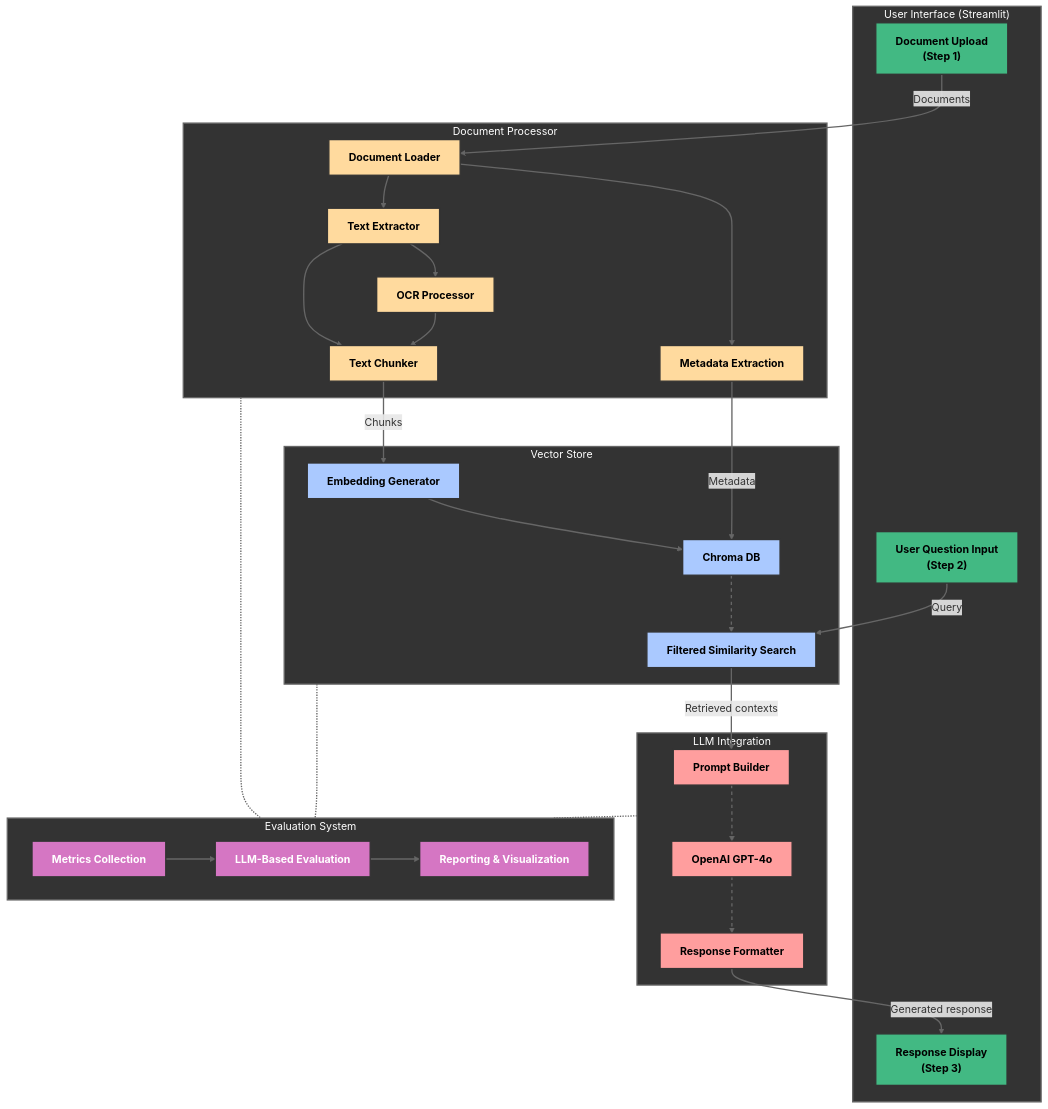
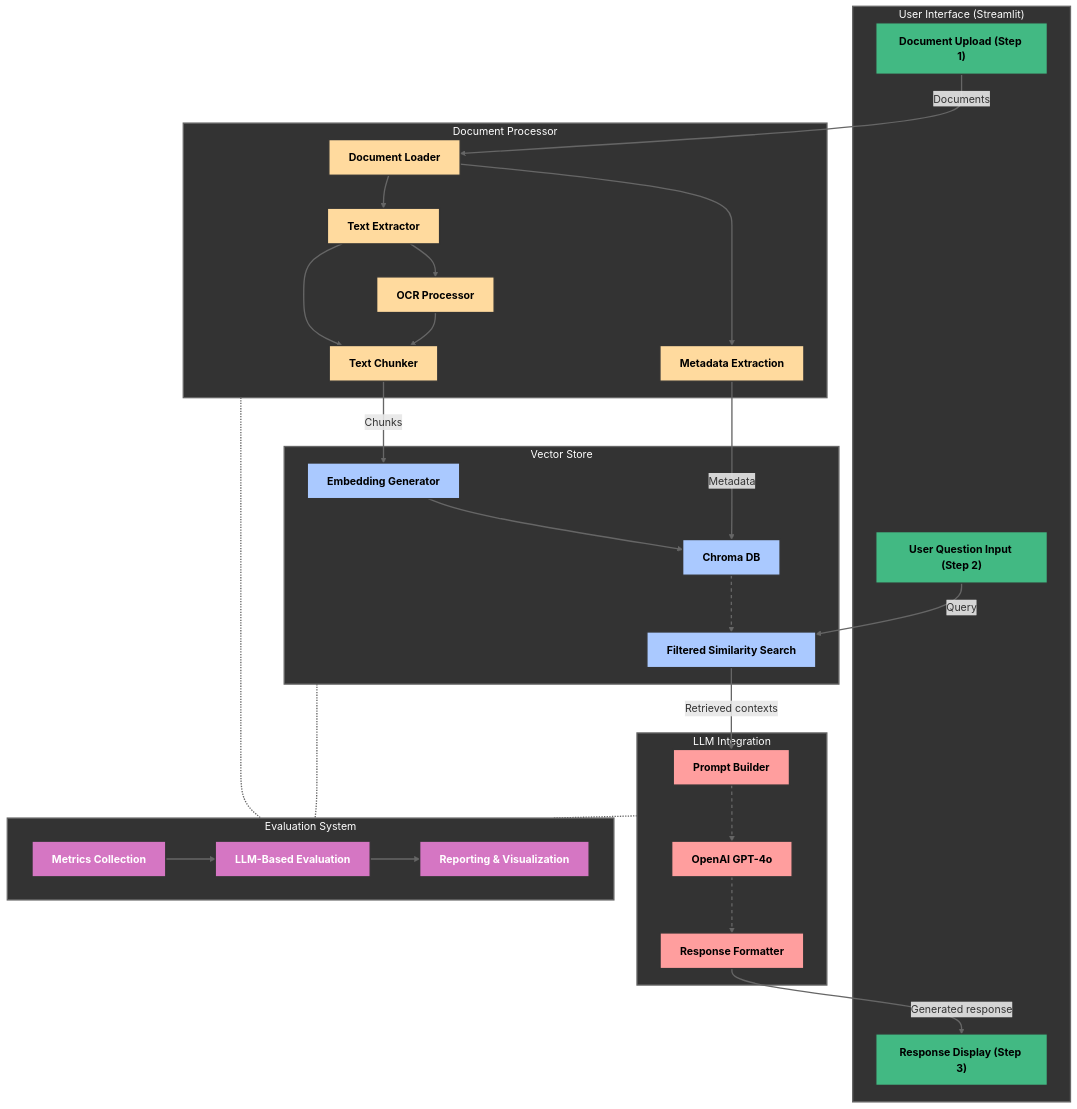
The diagram in README.md (mdwaquarahmad/fortune500-rag), drawn with Mermaid before and after one commit.

Commit message:
Documentation

````diff
--- a/README.md
+++ b/README.md
@@ -36,72 +36,72 @@
 ```mermaid
 flowchart TD
     %% User Interface Component
     subgraph UI["User Interface (Streamlit)"]
         style UI fill:#333333,stroke:#666666,stroke-width:2px,color:white
-        A1["Document Upload\n(Step 1)"]
-        A2["User Question Input\n(Step 2)"]
-        A3["Response Display\n(Step 3)"]
+        A1["Document Upload (Step 1)"]
+        A2["User Question Input (Step 2)"]
+        A3["Response Display (Step 3)"]
     end
     
     %% Document Processor Component
     subgraph DP["Document Processor"]
         style DP fill:#333333,stroke:#666666,stroke-width:2px,color:white
         B1["Document Loader"] --> B2["Text Extractor"]
         B2 --> B3["OCR Processor"]
         B2 --> B4["Text Chunker"]
         B3 --> B4
         B1 --> B5["Metadata Extraction"]
     end
     
     %% Vector Store Component
     subgraph VS["Vector Store"]
         style VS fill:#333333,stroke:#666666,stroke-width:2px,color:white
         C1["Embedding Generator"] --> C2["Chroma DB"]
         C2 --> C3["Filtered Similarity Search"]
     end
     
     %% LLM Integration Component
     subgraph LLM["LLM Integration"]
         style LLM fill:#333333,stroke:#666666,stroke-width:2px,color:white
         D1["Prompt Builder"] --> D2["OpenAI GPT-4o"]
         D2 --> D3["Response Formatter"]
     end
     
     %% Evaluation System Component
     subgraph EVAL["Evaluation System"]
         style EVAL fill:#333333,stroke:#666666,stroke-width:2px,color:white
         E1["Metrics Collection"] --> E2["LLM-Based Evaluation"]
         E2 --> E3["Reporting & Visualization"]
     end
     
     %% Main Data Flow Connections - Solid Lines
     A1 -- "Documents" --> B1
     B4 -- "Chunks" --> C1
     B5 -- "Metadata" --> C2
     A2 -- "Query" --> C3
     C3 -- "Retrieved contexts" --> D1
     D3 -- "Generated response" --> A3
     
     %% Evaluation System Connections - Dotted Lines (no arrows)
     DP -.- EVAL
     VS -.- EVAL
     LLM -.- EVAL
     
     %% Styling for specific components
     classDef uiComponents fill:#42b983,stroke:#333,stroke-width:2px,color:black,font-weight:bold
     classDef dpComponents fill:#ffda9e,stroke:#333,stroke-width:2px,color:black,font-weight:bold
     classDef vsComponents fill:#aac9ff,stroke:#333,stroke-width:2px,color:black,font-weight:bold
     classDef llmComponents fill:#ff9e9e,stroke:#333,stroke-width:2px,color:black,font-weight:bold
     classDef evalComponents fill:#d576c3,stroke:#333,stroke-width:2px,color:white,font-weight:bold
     
     %% Apply styles to components
     class A1,A2,A3 uiComponents
     class B1,B2,B3,B4,B5 dpComponents
     class C1,C2,C3 vsComponents
     class D1,D2,D3 llmComponents
     class E1,E2,E3 evalComponents
     
     %% Link styling
     linkStyle default stroke:#666,stroke-width:2px
     linkStyle 6,7,8 stroke:#666,stroke-width:2px,stroke-dasharray:5 5
 ```
````
